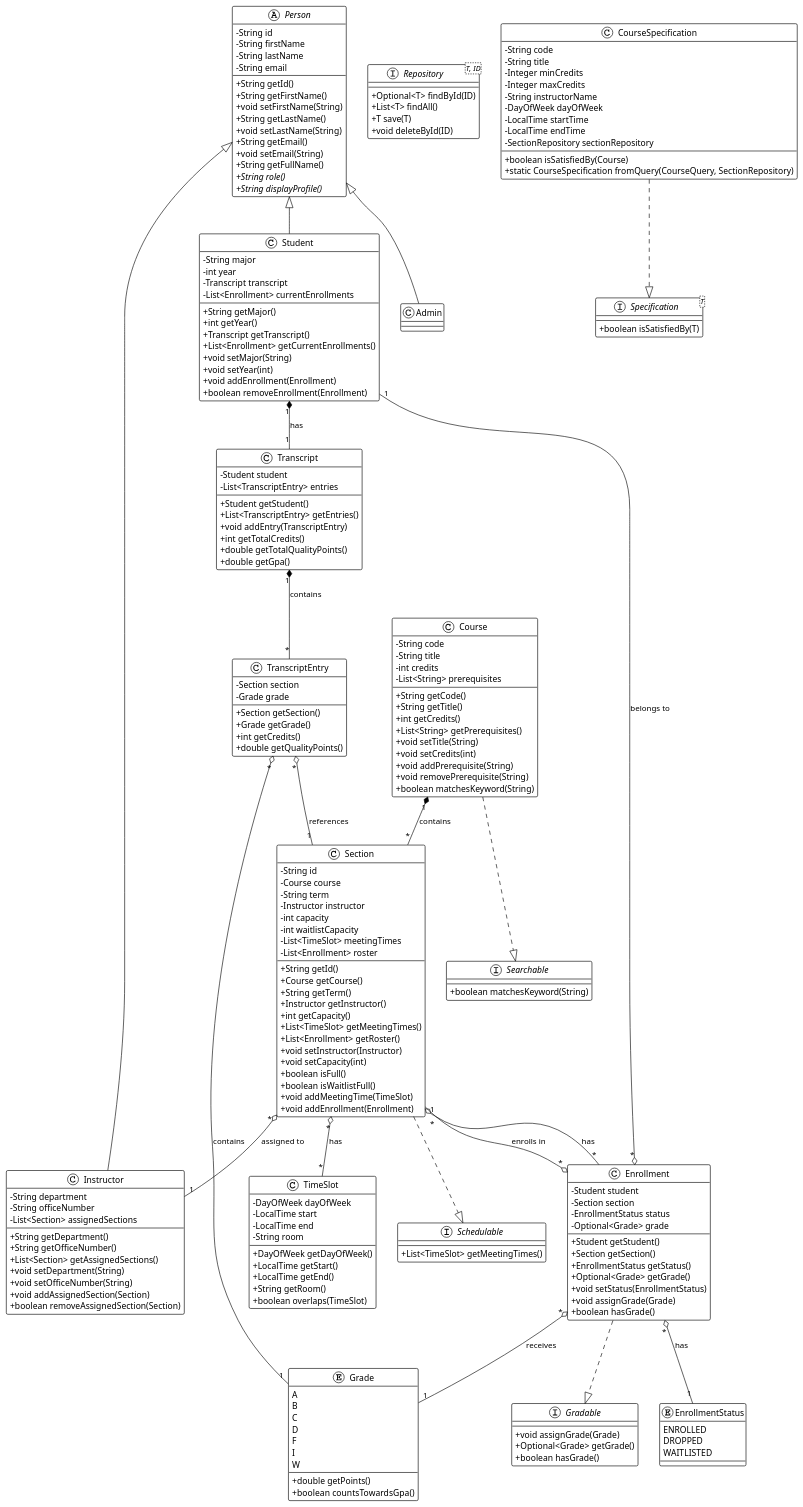
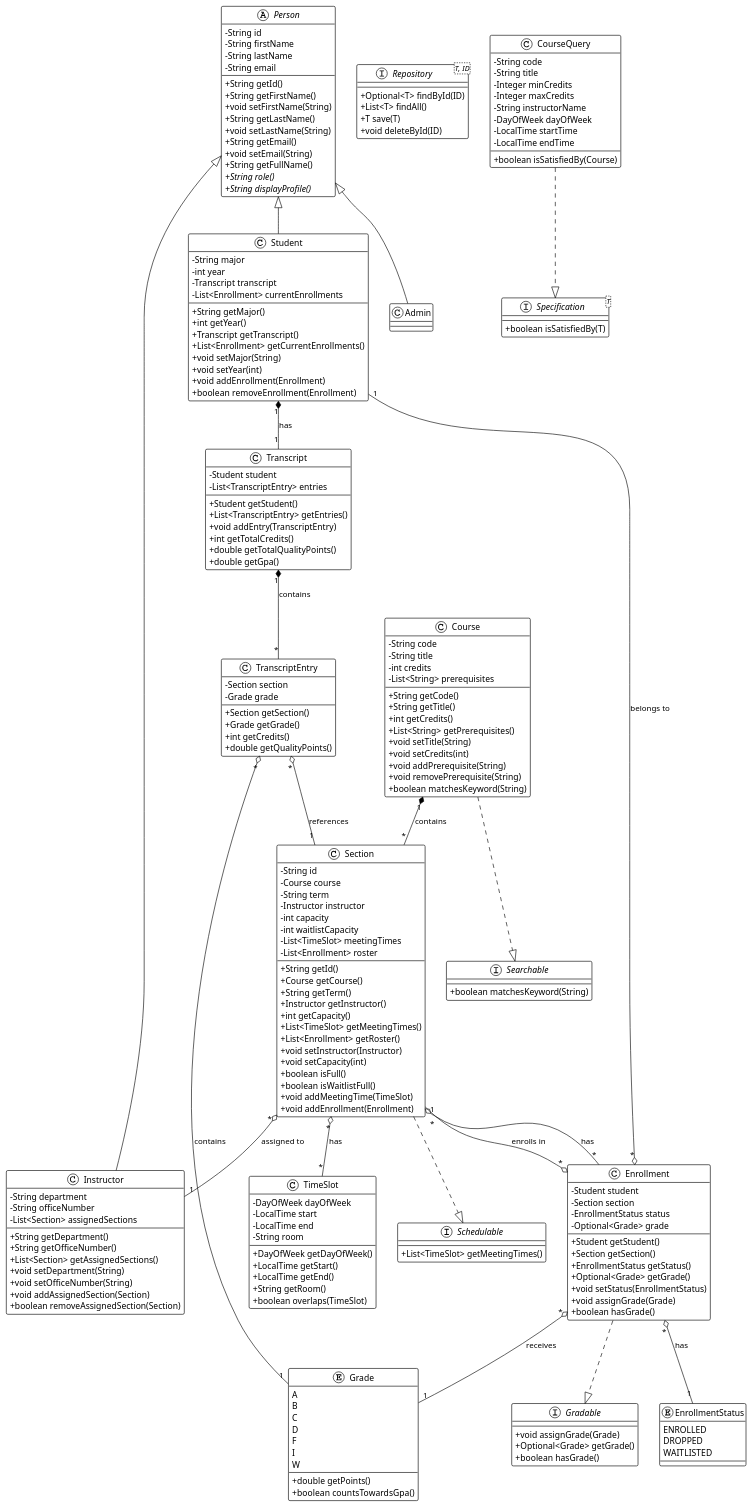
One commit to emreeilhan/university-registration-system-assignment changed the diagram in docs/class-diagram.puml. Above: the diagram before and after it, drawn with PlantUML. The commit also changed 2 other files, not shown here.

Commit message:
Rename CourseSpecification to CourseQuery for clarity and update related documentation and class diagram. Refactor CourseQuery class to improve method naming and enhance code readability, ensuring better understanding of course filtering functionality.

```diff
--- a/docs/class-diagram.puml
+++ b/docs/class-diagram.puml
@@ -182,7 +182,7 @@
     + boolean isSatisfiedBy(T)
 }
 
-class CourseSpecification {
+class CourseQuery {
     - String code
     - String title
     - Integer minCredits
@@ -191,9 +191,7 @@
     - DayOfWeek dayOfWeek
     - LocalTime startTime
     - LocalTime endTime
-    - SectionRepository sectionRepository
     + boolean isSatisfiedBy(Course)
-    + static CourseSpecification fromQuery(CourseQuery, SectionRepository)
 }
 
 ' Inheritance Relationships
@@ -205,7 +203,7 @@
 Section ..|> Schedulable
 Course ..|> Searchable
 Enrollment ..|> Gradable
-CourseSpecification ..|> Specification
+CourseQuery ..|> Specification
 
 ' Associations
 Course "1" *-- "*" Section : contains
```
